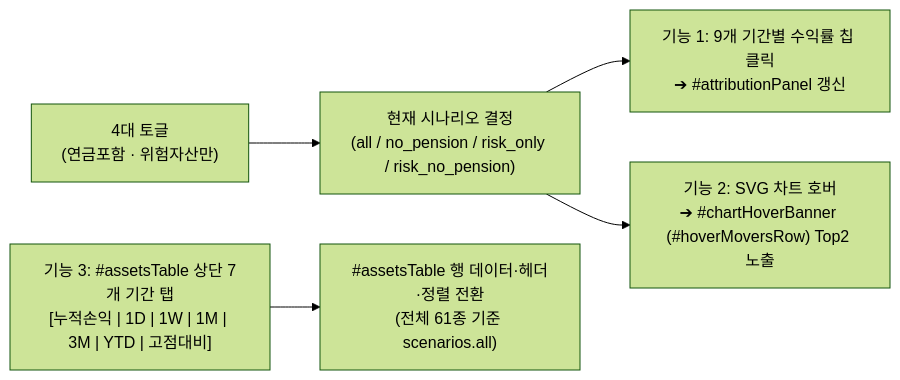
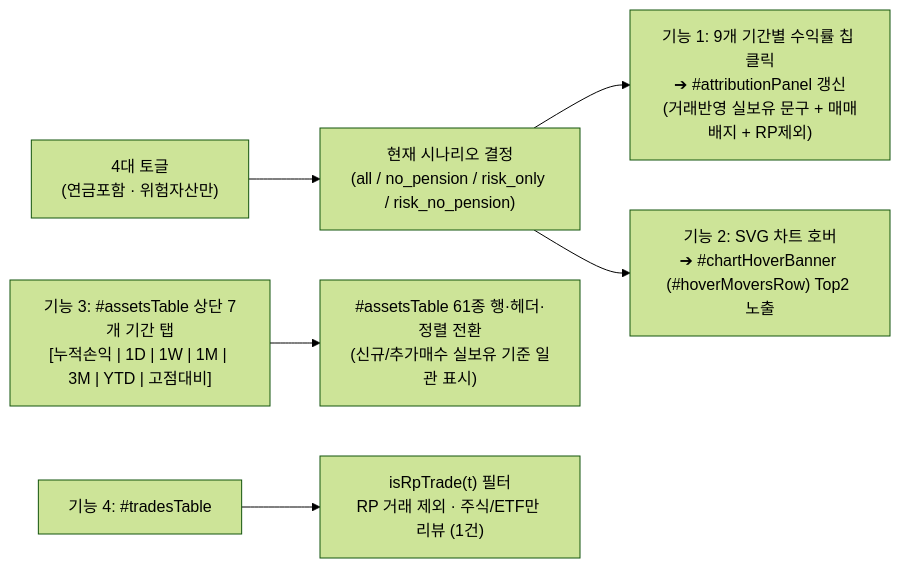
Before and after one commit to holnuwld/myasset: the second of 2 diagrams in docs/attribution_analysis_spec.md, drawn with Mermaid (forest theme). The commit also changed other lines of this file and 11 other files, not shown here.

Commit message:
feat: use transaction-aware actual holdings for attribution and exclude RP from trade review

````diff
--- a/docs/attribution_analysis_spec.md
+++ b/docs/attribution_analysis_spec.md
@@ -585,7 +802,8 @@
 ```mermaid
 flowchart LR
     T["4대 토글<br/>(연금포함 · 위험자산만)"] --> S["현재 시나리오 결정<br/>(all / no_pension / risk_only / risk_no_pension)"]
-    S --> C["기능 1: 9개 기간별 수익률 칩 클릭<br/>➔ #attributionPanel 갱신"]
+    S --> C["기능 1: 9개 기간별 수익률 칩 클릭<br/>➔ #attributionPanel 갱신<br/>(거래반영 실보유 문구 + 매매배지 + RP제외)"]
     S --> H["기능 2: SVG 차트 호버<br/>➔ #chartHoverBanner (#hoverMoversRow) Top2 노출"]
-    P["기능 3: #assetsTable 상단 7개 기간 탭<br/>[누적손익 | 1D | 1W | 1M | 3M | YTD | 고점대비]"] --> TBL["#assetsTable 행 데이터·헤더·정렬 전환<br/>(전체 61종 기준 scenarios.all)"]
+    P["기능 3: #assetsTable 상단 7개 기간 탭<br/>[누적손익 | 1D | 1W | 1M | 3M | YTD | 고점대비]"] --> TBL["#assetsTable 61종 행·헤더·정렬 전환<br/>(신규/추가매수 실보유 기준 일관 표시)"]
+    TR["기능 4: #tradesTable"] --> RPF["isRpTrade(t) 필터<br/>RP 거래 제외 · 주식/ETF만 리뷰 (1건)"]
 ```
````
